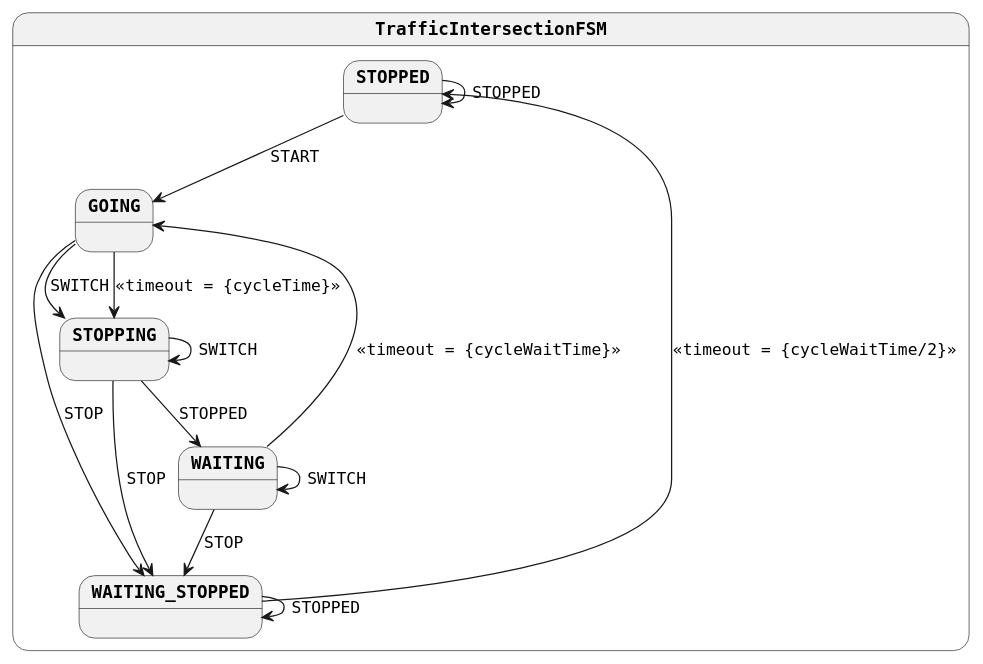
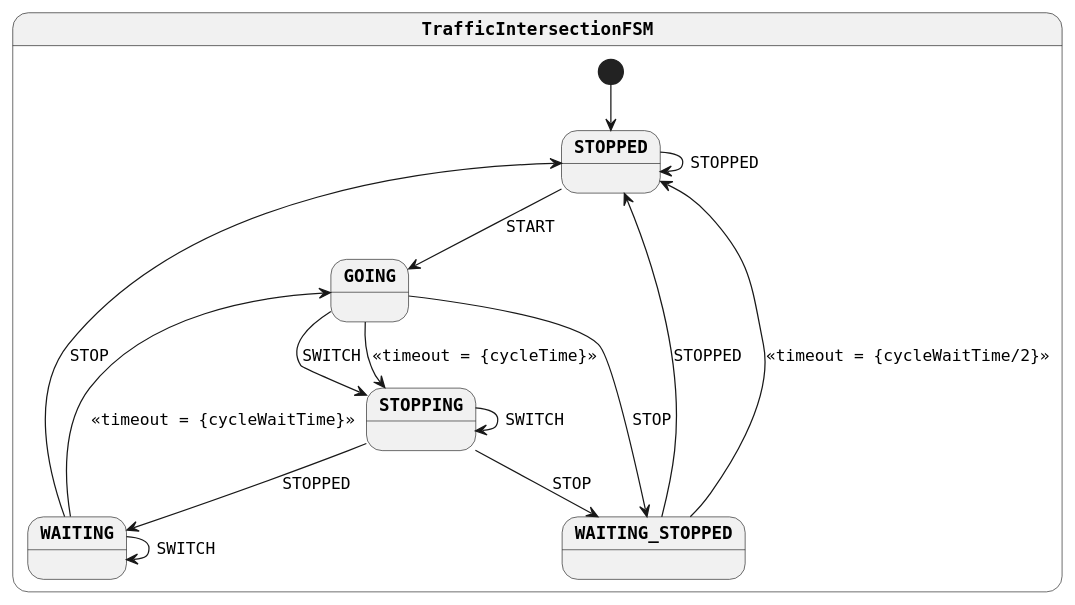
Before and after one commit to open-jumpco/kfsm-android-compose-traffic: the diagram in generated/traffic-intersection-simple.plantuml, drawn with PlantUML. The commit also changed 15 other files, not shown here.

```diff
--- a/generated/traffic-intersection-simple.plantuml
+++ b/generated/traffic-intersection-simple.plantuml
@@ -1,25 +1,25 @@
 @startuml
 skinparam monochrome true
 skinparam StateFontName Helvetica
 skinparam defaultFontName Monospaced
 skinparam defaultFontStyle Bold
 skinparam state {
-    FontColor Black
     FontStyle Bold
 }
 state TrafficIntersectionFSM {
+[*] --> STOPPED
 STOPPED --> GOING : START
 STOPPED --> STOPPED : STOPPED
 GOING --> STOPPING : <<timeout = {cycleTime}>>
 GOING --> STOPPING : SWITCH
 GOING --> WAITING_STOPPED : STOP
 STOPPING --> WAITING : STOPPED
 STOPPING --> STOPPING : SWITCH
 STOPPING --> WAITING_STOPPED : STOP
 WAITING --> GOING : <<timeout = {cycleWaitTime}>>
 WAITING --> WAITING : SWITCH
-WAITING --> WAITING_STOPPED : STOP
+WAITING --> STOPPED : STOP
 WAITING_STOPPED --> STOPPED : <<timeout = {cycleWaitTime/2}>>
-WAITING_STOPPED --> WAITING_STOPPED : STOPPED
+WAITING_STOPPED --> STOPPED : STOPPED
 }
 @enduml
```
